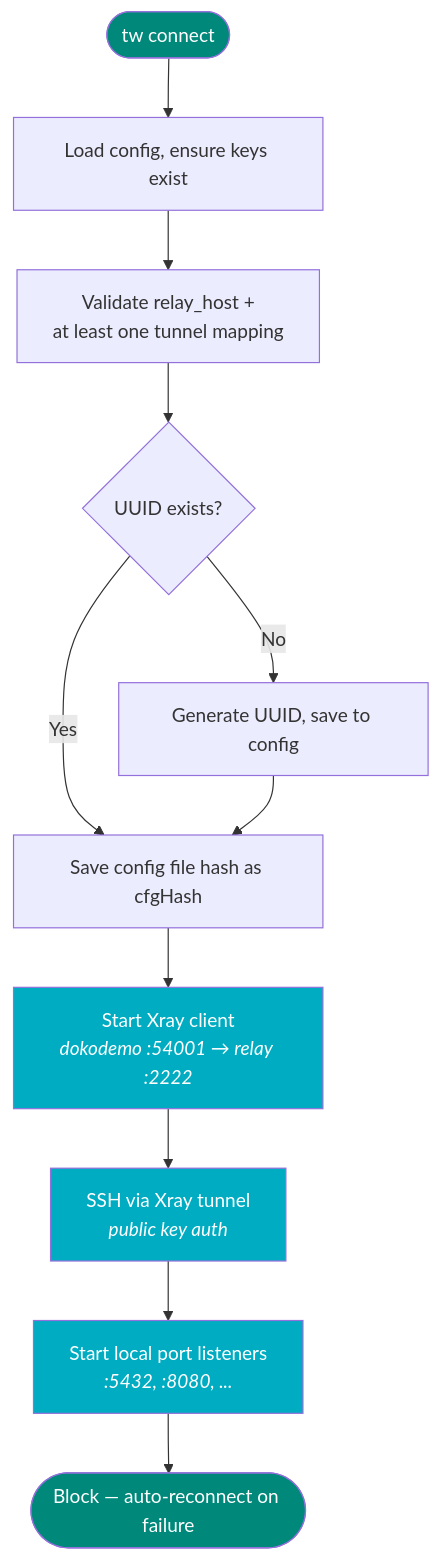
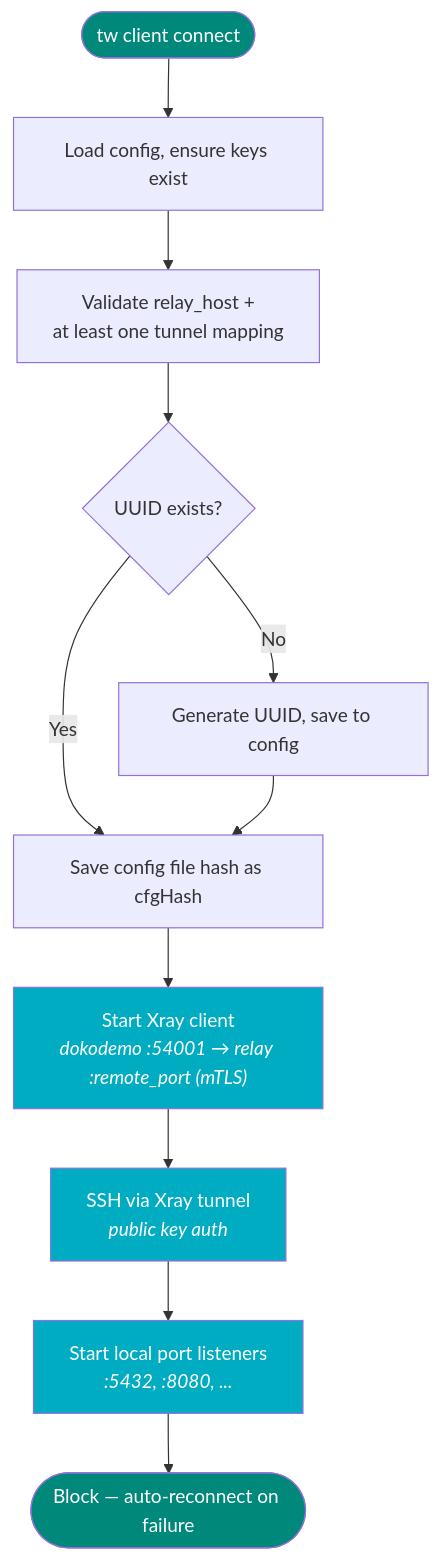
Before and after one commit to Tunnel-Whisperer/Tunnel-Whisperer: the second of 2 diagrams in docs/architecture/deployment.md, drawn with Mermaid. The commit also changed other lines of this file and 45 other files, not shown here.

````diff
--- a/docs/architecture/deployment.md
+++ b/docs/architecture/deployment.md
@@ -181,20 +197,20 @@
 ```mermaid
 flowchart TD
-    START([tw connect]) --> LOAD[Load config, ensure keys exist]
+    START([tw client connect]) --> LOAD[Load config, ensure keys exist]
     LOAD --> VALIDATE["Validate relay_host +<br/>at least one tunnel mapping"]
     VALIDATE --> UUID{UUID exists?}
     UUID -->|No| GENUUID[Generate UUID, save to config]
     UUID -->|Yes| HASH
     GENUUID --> HASH
     HASH["Save config file hash as cfgHash"]
-    HASH --> XRAY["Start Xray client<br/><i>dokodemo :54001 → relay :2222</i>"]
+    HASH --> XRAY["Start Xray client<br/><i>dokodemo :54001 → relay :remote_port (mTLS)</i>"]
     XRAY --> SSH["SSH via Xray tunnel<br/><i>public key auth</i>"]
     SSH --> PORTS["Start local port listeners<br/><i>:5432, :8080, ...</i>"]
     PORTS --> BLOCK(["Block — auto-reconnect on failure"])
 
     style START fill:#00897B,color:#fff
     style BLOCK fill:#00897B,color:#fff
     style XRAY fill:#00ACC1,color:#fff
     style SSH fill:#00ACC1,color:#fff
     style PORTS fill:#00ACC1,color:#fff
 ```
````
